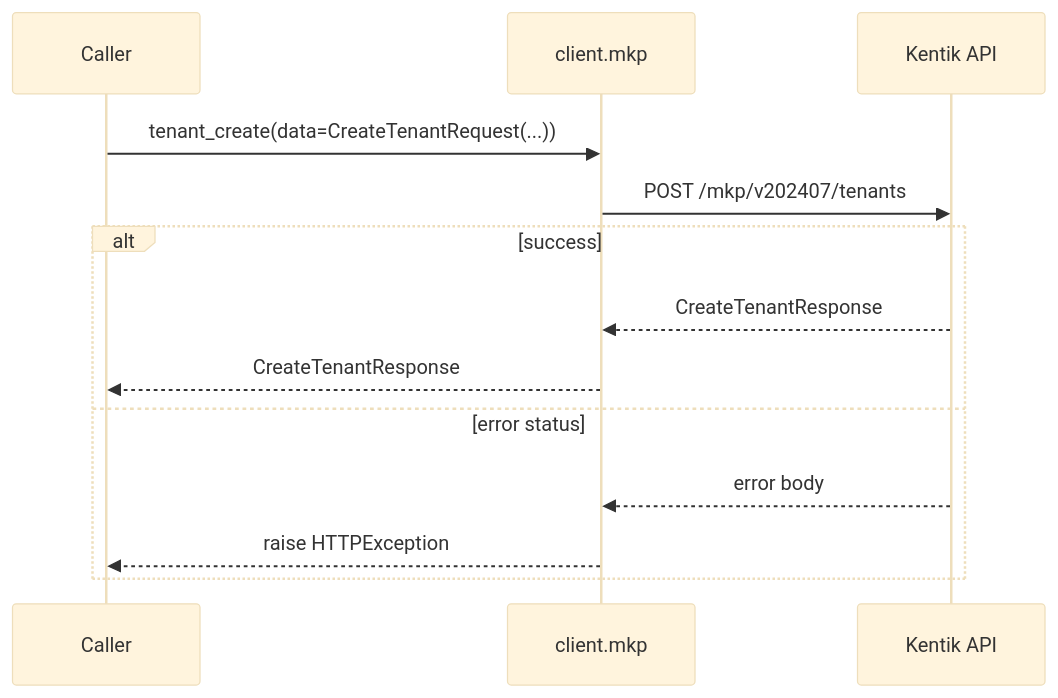
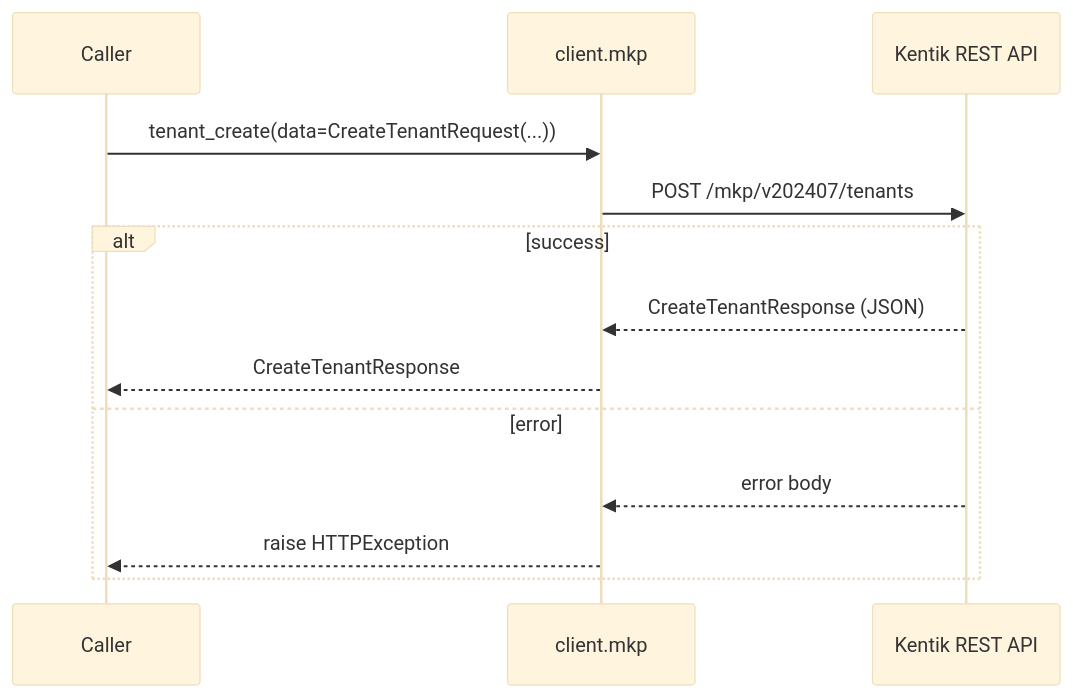
One commit to alexdearaujo/community_sdk_python changed diagram 14 of 30 in docs/sphinx/services/mkp.md. Above: the diagram before and after it, drawn with Mermaid (base theme). The commit also changed other lines of this file and 61 other files, not shown here.

````diff
--- a/docs/sphinx/services/mkp.md
+++ b/docs/sphinx/services/mkp.md
@@ -321,16 +473,16 @@
 ```mermaid
 sequenceDiagram
     participant C as Caller
     participant W as client.mkp
-    participant API as Kentik API
+    participant API as Kentik REST API
 
     C->>W: tenant_create(data=CreateTenantRequest(...))
     W->>API: POST /mkp/v202407/tenants
     alt success
-        API-->>W: CreateTenantResponse
+        API-->>W: CreateTenantResponse (JSON)
         W-->>C: CreateTenantResponse
-    else error status
+    else error
         API-->>W: error body
         W-->>C: raise HTTPException
     end
 ```
````
